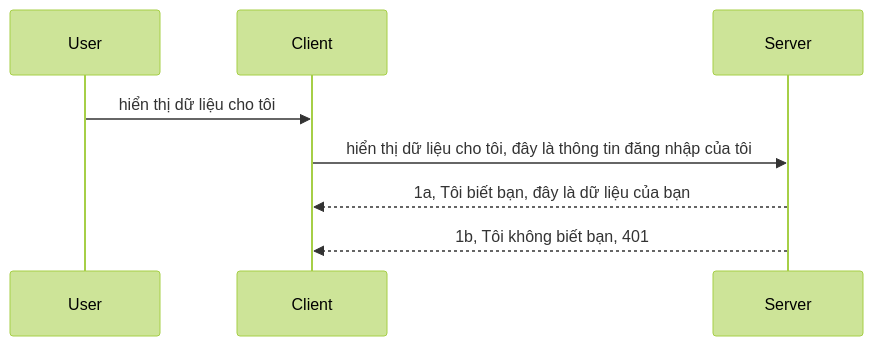
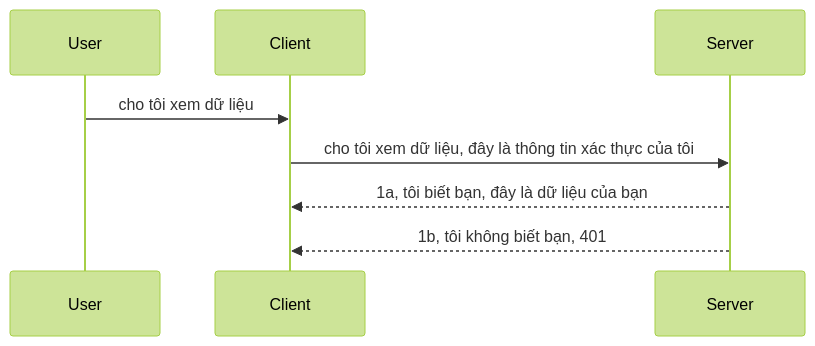
The diagram in mcp_ecosystem__model_context_protocol/mcp_learning_resources/mcp-for-beginners/translations/vi/03-GettingStarted/11-simple-auth/README.md (HIDORAKAI002/ai-workspace-archive), drawn with Mermaid (forest theme) before and after one commit. The commit also changed other lines of this file and 1046 other files, not shown here.

````diff
--- a/mcp_ecosystem__model_context_protocol/mcp_learning_resources/mcp-for-beginners/translations/vi/03-GettingStarted/11-simple-auth/README.md
+++ b/mcp_ecosystem__model_context_protocol/mcp_learning_resources/mcp-for-beginners/translations/vi/03-GettingStarted/11-simple-auth/README.md
@@ -24,11 +24,11 @@
 ```mermaid
 sequenceDiagram
    participant User
    participant Client
    participant Server
 
-   User->>Client: hiển thị dữ liệu cho tôi
-   Client->>Server: hiển thị dữ liệu cho tôi, đây là thông tin đăng nhập của tôi
-   Server-->>Client: 1a, Tôi biết bạn, đây là dữ liệu của bạn
-   Server-->>Client: 1b, Tôi không biết bạn, 401 
+   User->>Client: cho tôi xem dữ liệu
+   Client->>Server: cho tôi xem dữ liệu, đây là thông tin xác thực của tôi
+   Server-->>Client: 1a, tôi biết bạn, đây là dữ liệu của bạn
+   Server-->>Client: 1b, tôi không biết bạn, 401 
 ```
````
